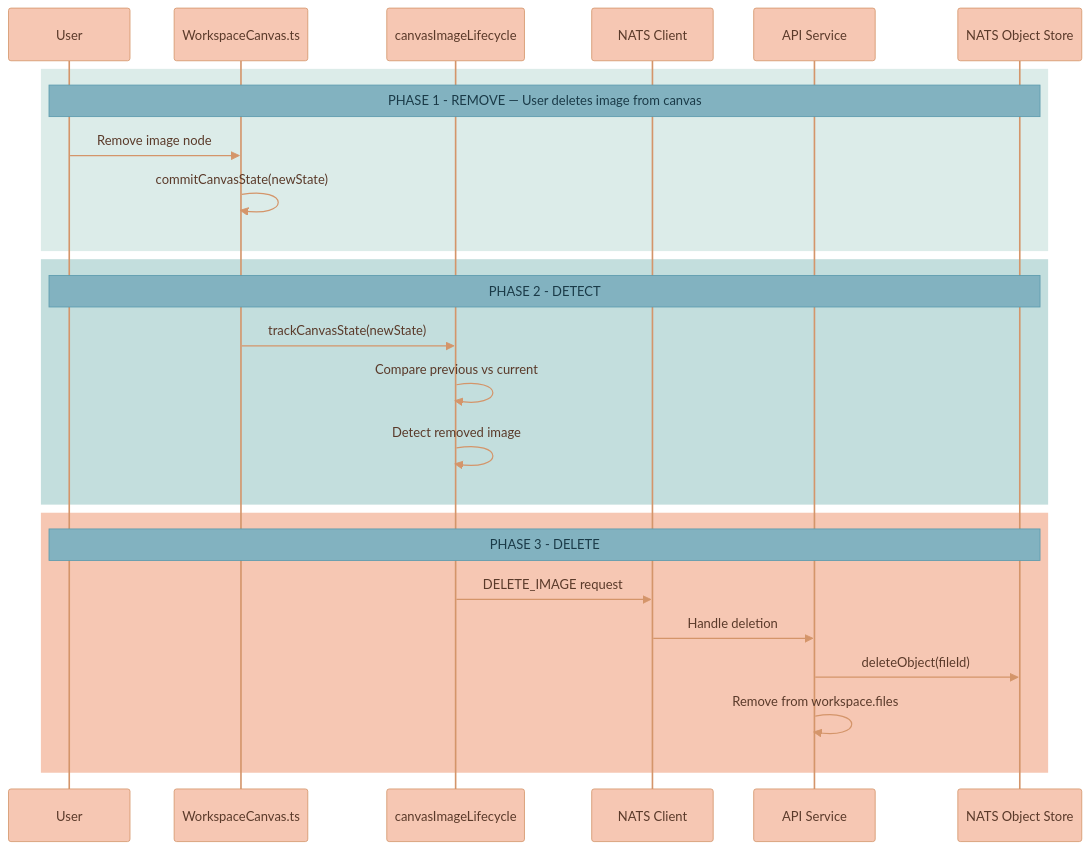
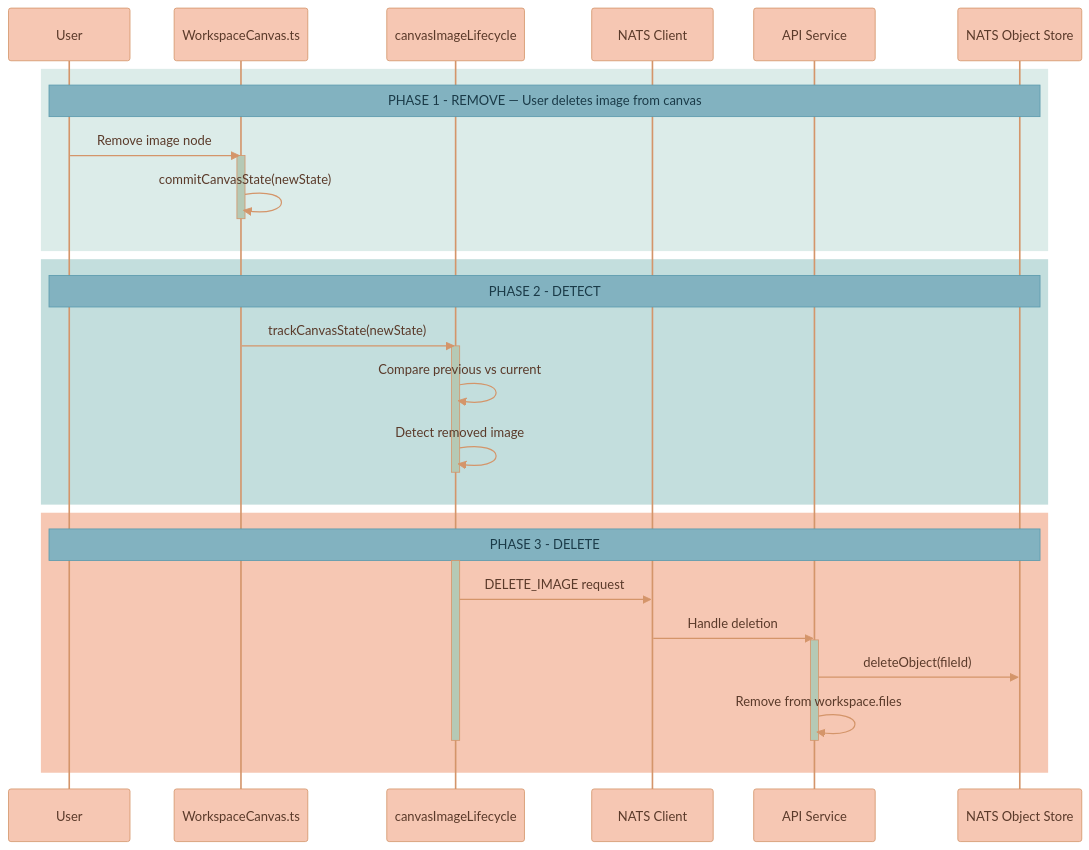
The fifth of 17 diagrams in documentation/features/WORKSPACE-FEATURE.md (Lixpi/lixpi), drawn with Mermaid before and after one commit. The commit also changed other lines of this file and 5 other files, not shown here.

````diff
--- a/documentation/features/WORKSPACE-FEATURE.md
+++ b/documentation/features/WORKSPACE-FEATURE.md
@@ -303,39 +315,47 @@
 ```mermaid
-%%{init: {'theme': 'base', 'themeVariables': { 'noteBkgColor': '#82B2C0', 'noteTextColor': '#1a3a47', 'noteBorderColor': '#5a9aad', 'actorBkg': '#F6C7B3', 'actorBorder': '#d4956a', 'actorTextColor': '#5a3a2a', 'actorLineColor': '#d4956a', 'signalColor': '#d4956a', 'signalTextColor': '#5a3a2a', 'labelBoxBkgColor': '#F6C7B3', 'labelBoxBorderColor': '#d4956a', 'labelTextColor': '#5a3a2a', 'loopTextColor': '#5a3a2a', 'activationBorderColor': '#d4956a', 'activationBkgColor': '#C3DEDD', 'sequenceNumberColor': '#5a3a2a'}}}%%
+%%{init: {'theme': 'base', 'themeVariables': { 'noteBkgColor': '#82B2C0', 'noteTextColor': '#1a3a47', 'noteBorderColor': '#5a9aad', 'actorBkg': '#F6C7B3', 'actorBorder': '#d4956a', 'actorTextColor': '#5a3a2a', 'actorLineColor': '#d4956a', 'signalColor': '#d4956a', 'signalTextColor': '#5a3a2a', 'labelBoxBkgColor': '#F6C7B3', 'labelBoxBorderColor': '#d4956a', 'labelTextColor': '#5a3a2a', 'loopTextColor': '#5a3a2a', 'activationBorderColor': '#d4956a', 'activationBkgColor': '#B5C9B5', 'sequenceNumberColor': '#5a3a2a'}}}%%
 sequenceDiagram
     participant User
     participant Canvas as WorkspaceCanvas.ts
     participant Tracker as canvasImageLifecycle
     participant NATS as NATS Client
     participant API as API Service
     participant ObjStore as NATS Object Store
     %% ═══════════════════════════════════════════════════════════════
     %% PHASE 1: REMOVE
     %% ═══════════════════════════════════════════════════════════════
     rect rgb(220, 236, 233)
         Note over User, ObjStore: PHASE 1 - REMOVE — User deletes image from canvas
         User->>Canvas: Remove image node
+        activate Canvas
         Canvas->>Canvas: commitCanvasState(newState)
+        deactivate Canvas
     end
 
     %% ═══════════════════════════════════════════════════════════════
     %% PHASE 2: DETECT
     %% ═══════════════════════════════════════════════════════════════
     rect rgb(195, 222, 221)
         Note over User, ObjStore: PHASE 2 - DETECT
         Canvas->>Tracker: trackCanvasState(newState)
+        activate Tracker
         Tracker->>Tracker: Compare previous vs current
         Tracker->>Tracker: Detect removed image
+        deactivate Tracker
     end
 
     %% ═══════════════════════════════════════════════════════════════
     %% PHASE 3: DELETE
     %% ═══════════════════════════════════════════════════════════════
     rect rgb(246, 199, 179)
         Note over User, ObjStore: PHASE 3 - DELETE
+        activate Tracker
         Tracker->>NATS: DELETE_IMAGE request
         NATS->>API: Handle deletion
+        activate API
         API->>ObjStore: deleteObject(fileId)
         API->>API: Remove from workspace.files
+        deactivate API
+        deactivate Tracker
     end
 ```
````
